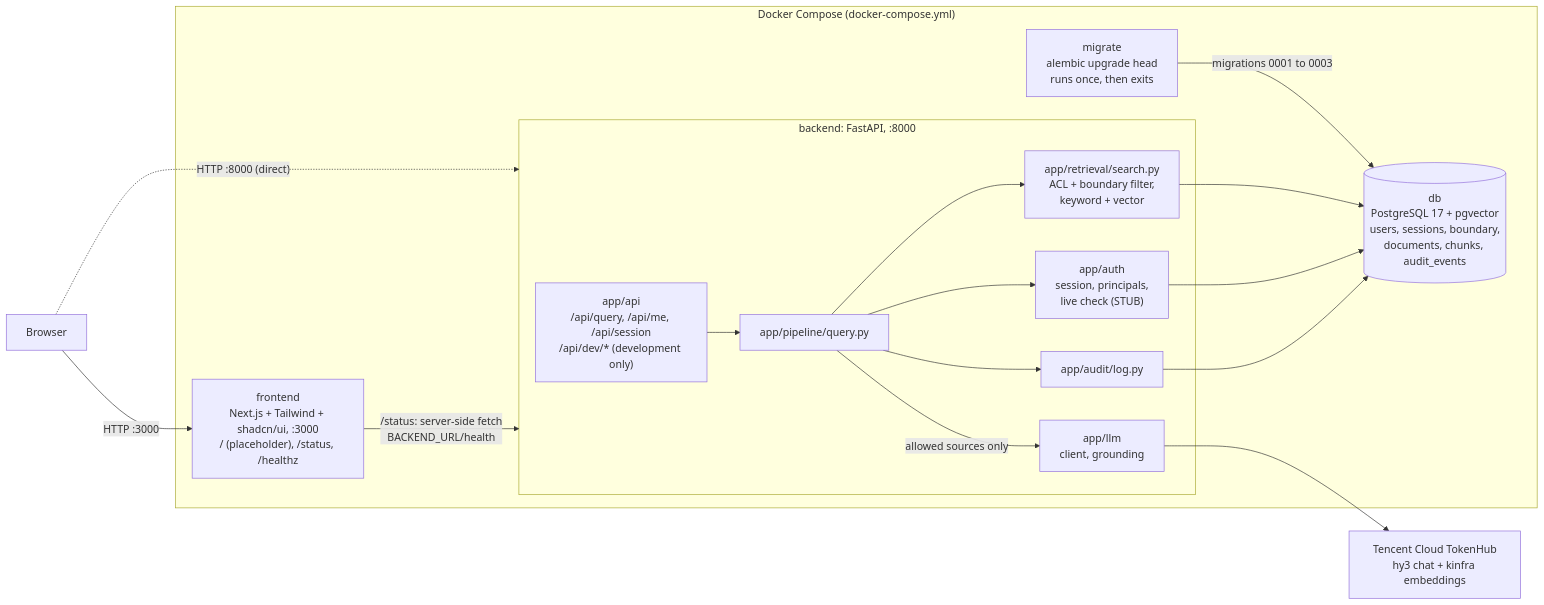
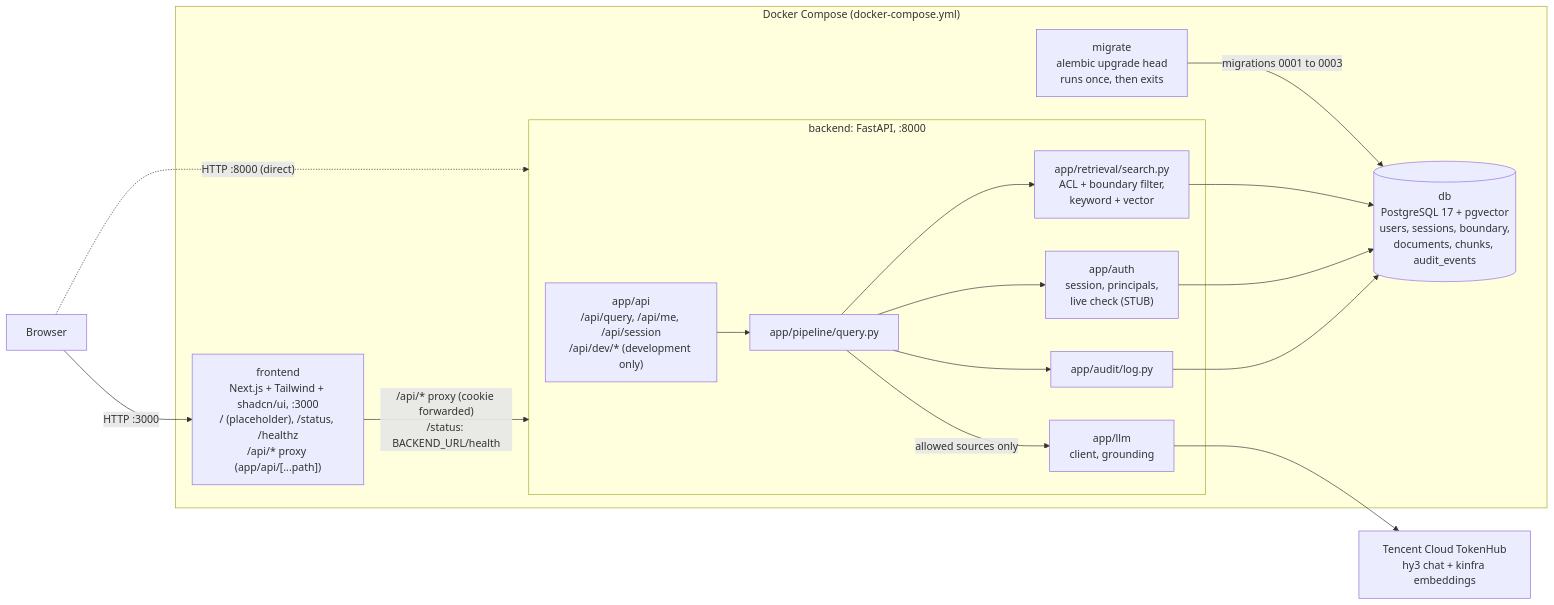
Before and after one commit to gabriel-wan/tencent-hackathon-fintech: the diagram in docs/architecture/CURRENT.md, drawn with Mermaid. The commit also changed 1 other file, not shown here.

Commit message:
docs(frontend): document how the frontend talks to the backend
The /api proxy and why it is not a rewrite, the two API clients and
their errors, regenerating types, the answer/citation helpers, mock
mode and tests.

````diff
--- a/docs/architecture/CURRENT.md
+++ b/docs/architecture/CURRENT.md
@@ -8,33 +8,33 @@
 ```mermaid
 flowchart LR
     USER["Browser"]
     TH["Tencent Cloud TokenHub<br/>hy3 chat + kinfra embeddings"]
 
     subgraph COMPOSE["Docker Compose (docker-compose.yml)"]
-        FE["frontend<br/>Next.js + Tailwind + shadcn/ui, :3000<br/>/ (placeholder), /status, /healthz"]
+        FE["frontend<br/>Next.js + Tailwind + shadcn/ui, :3000<br/>/ (placeholder), /status, /healthz<br/>/api/* proxy (app/api/[...path])"]
         subgraph BE["backend: FastAPI, :8000"]
             API["app/api<br/>/api/query, /api/me, /api/session<br/>/api/dev/* (development only)"]
             PIPE["app/pipeline/query.py"]
             AUTH["app/auth<br/>session, principals,<br/>live check (STUB)"]
             SEARCH["app/retrieval/search.py<br/>ACL + boundary filter,<br/>keyword + vector"]
             LLMC["app/llm<br/>client, grounding"]
             AUD["app/audit/log.py"]
         end
         MIG["migrate<br/>alembic upgrade head<br/>runs once, then exits"]
         DB[("db<br/>PostgreSQL 17 + pgvector<br/>users, sessions, boundary,<br/>documents, chunks, audit_events")]
     end
 
     MIG -->|"migrations 0001 to 0003"| DB
     USER -->|"HTTP :3000"| FE
     USER -.->|"HTTP :8000 (direct)"| BE
-    FE -->|"/status: server-side fetch<br/>BACKEND_URL/health"| BE
+    FE -->|"/api/* proxy (cookie forwarded)<br/>/status: BACKEND_URL/health"| BE
     API --> PIPE
     PIPE --> AUTH
     PIPE --> SEARCH
     PIPE -->|"allowed sources only"| LLMC
     PIPE --> AUD
     SEARCH --> DB
     AUTH --> DB
     AUD --> DB
     LLMC --> TH
 ```
````
